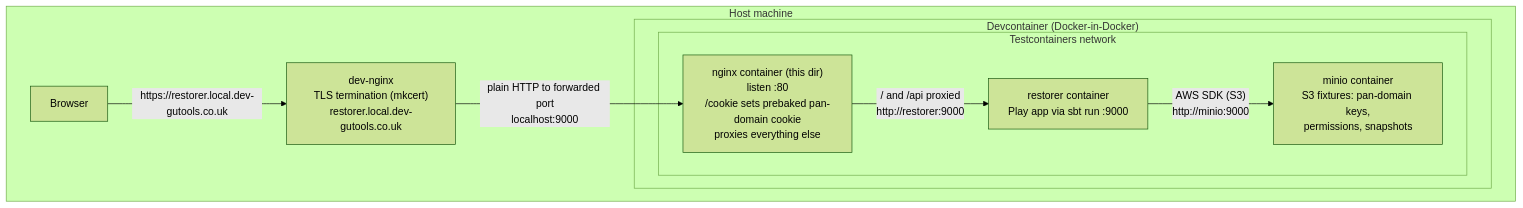
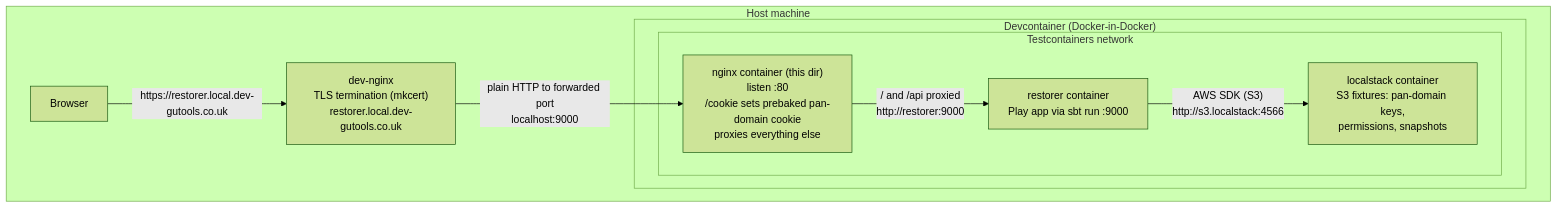
The diagram in e2e-tests/images/README.md (guardian/flexible-restorer), drawn with Mermaid (forest theme) before and after one commit. The commit also changed other lines of this file and 11 other files, not shown here.

Commit message:
Migrate from Minio to localstack

````diff
--- a/e2e-tests/images/README.md
+++ b/e2e-tests/images/README.md
@@ -9,20 +9,20 @@
 ```mermaid
 flowchart TB
     subgraph host["Host machine"]
         browser["Browser"]
         devnginx["dev-nginx\nTLS termination (mkcert)\nrestorer.local.dev-gutools.co.uk"]
 
         subgraph devcontainer["Devcontainer (Docker-in-Docker)"]
             subgraph stack["Testcontainers network"]
                 nginx["nginx container (this dir)\nlisten :80\n/cookie sets prebaked pan-domain cookie\nproxies everything else"]
                 restorer["restorer container\nPlay app via sbt run :9000"]
-                minio["minio container\nS3 fixtures: pan-domain keys,\npermissions, snapshots"]
+                localstack["localstack container\nS3 fixtures: pan-domain keys,\npermissions, snapshots"]
             end
         end
     end
 
     browser -->|"https://restorer.local.dev-gutools.co.uk"| devnginx
     devnginx -->|"plain HTTP to forwarded port\nlocalhost:9000"| nginx
     nginx -->|"/ and /api proxied\nhttp://restorer:9000"| restorer
-    restorer -->|"AWS SDK (S3)\nhttp://minio:9000"| minio
+    restorer -->|"AWS SDK (S3)\nhttp://s3.localstack:4566"| localstack
 ```
````
